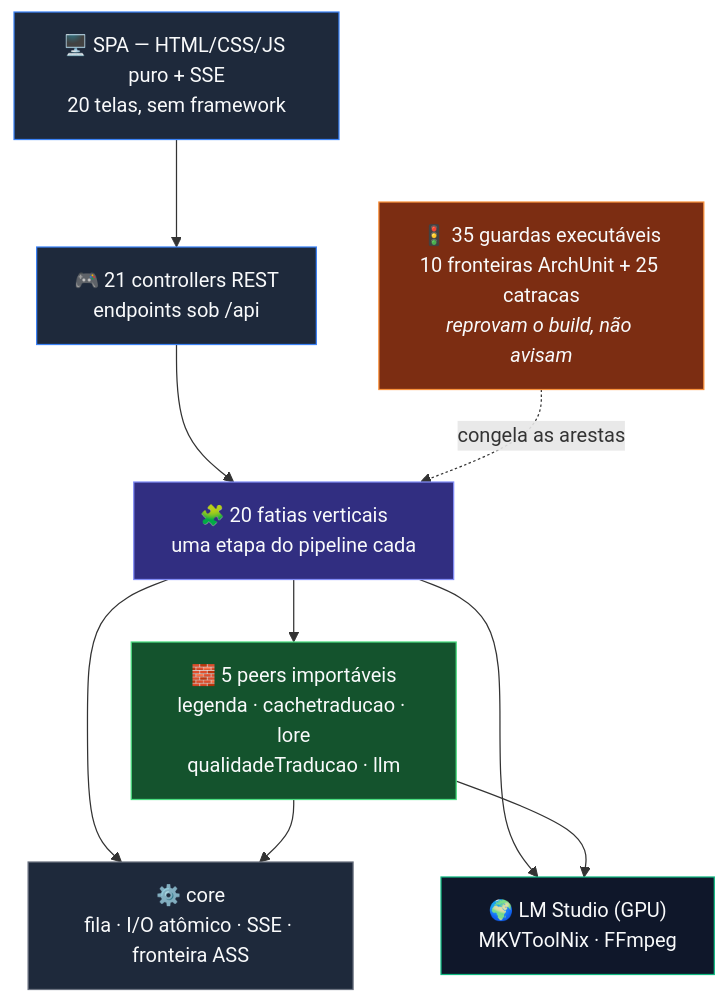
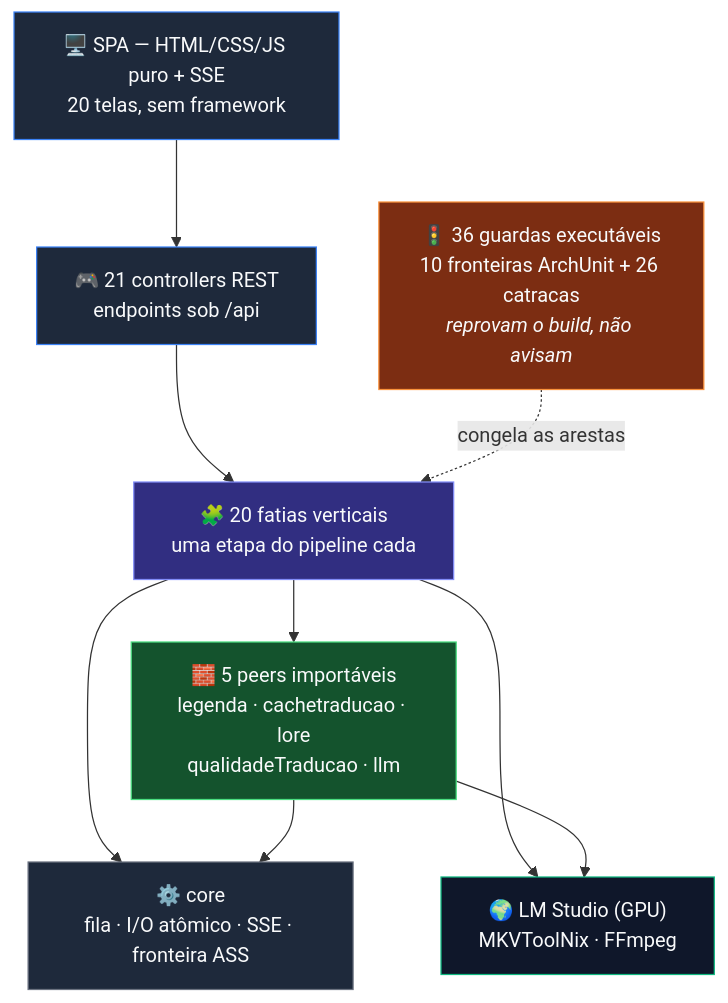
Before and after one commit to carmipa/traducao_animes_llm_local_quarkus-1: the first of 2 diagrams in README.md, drawn with Mermaid. The commit also changed other lines of this file and 8 other files, not shown here.

````diff
--- a/README.md
+++ b/README.md
@@ -139,24 +140,24 @@
 ```mermaid
 graph TD
     SPA["🖥️ SPA — HTML/CSS/JS puro + SSE<br/>20 telas, sem framework"] --> CTRL["🎮 21 controllers REST<br/>endpoints sob /api"]
     CTRL --> SLICES["🧩 20 fatias verticais<br/>uma etapa do pipeline cada"]
     SLICES --> PEERS["🧱 5 peers importáveis<br/>legenda · cachetraducao · lore<br/>qualidadeTraducao · llm"]
     SLICES --> CORE["⚙️ core<br/>fila · I/O atômico · SSE · fronteira ASS"]
     PEERS --> CORE
     SLICES --> EXT["🌍 LM Studio (GPU)<br/>MKVToolNix · FFmpeg"]
     PEERS --> EXT
-    GUARD["🚦 35 guardas executáveis<br/>10 fronteiras ArchUnit + 25 catracas<br/><i>reprovam o build, não avisam</i>"] -.->|congela as arestas| SLICES
+    GUARD["🚦 36 guardas executáveis<br/>10 fronteiras ArchUnit + 26 catracas<br/><i>reprovam o build, não avisam</i>"] -.->|congela as arestas| SLICES
 
     classDef a fill:#1e293b,stroke:#3B82F6,color:#F9FAFB
     classDef b fill:#312e81,stroke:#818CF8,color:#F9FAFB
     classDef c fill:#14532d,stroke:#4ADE80,color:#F9FAFB
     classDef d fill:#0f172a,stroke:#10B981,color:#F9FAFB
     classDef e fill:#1e293b,stroke:#6B7280,color:#F9FAFB
     classDef g fill:#7c2d12,stroke:#FB923C,color:#F9FAFB
     class SPA,CTRL a
     class SLICES b
     class PEERS c
     class EXT d
     class CORE e
     class GUARD g
 ```
````
